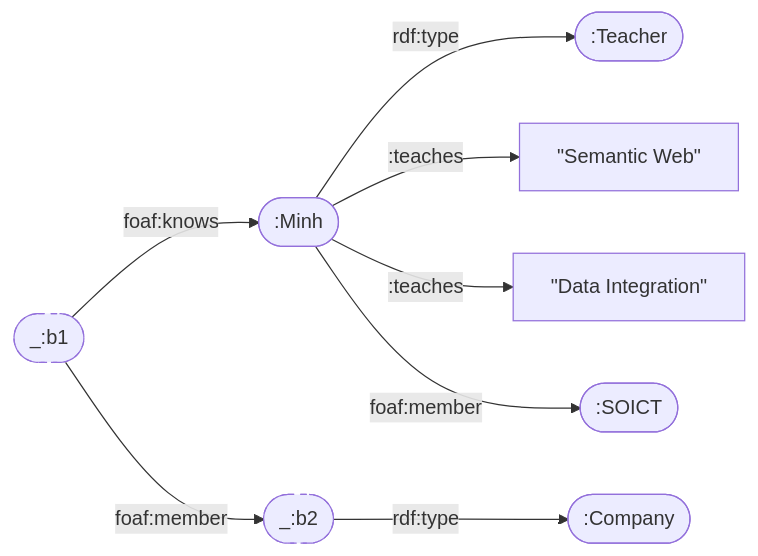
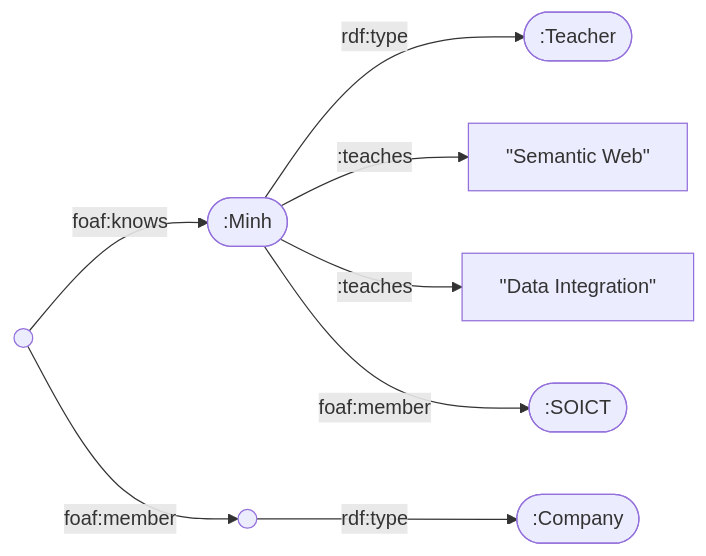
The third of 5 diagrams in on-tap/01-rdf-rdfs.md (DatDinh0923/SemanticWeb_2025B), drawn with Mermaid before and after one commit. The commit also changed other lines of this file and 105 other files, not shown here.

````diff
--- a/on-tap/01-rdf-rdfs.md
+++ b/on-tap/01-rdf-rdfs.md
@@ -368,12 +366,10 @@
 ```mermaid
 flowchart LR
   Minh([:Minh]) -- rdf:type --> Teacher([:Teacher])
   Minh -- :teaches --> sw["#quot;Semantic Web#quot;"]
   Minh -- :teaches --> di["#quot;Data Integration#quot;"]
   Minh -- foaf:member --> SOICT([:SOICT])
-  b1([_:b1]) -- foaf:knows --> Minh
-  b1 -- foaf:member --> b2([_:b2])
+  b1((" ")) -- foaf:knows --> Minh
+  b1 -- foaf:member --> b2((" "))
   b2 -- rdf:type --> Company([:Company])
-  classDef bnode stroke-dasharray: 5 5
-  class b1,b2 bnode
 ```
````
